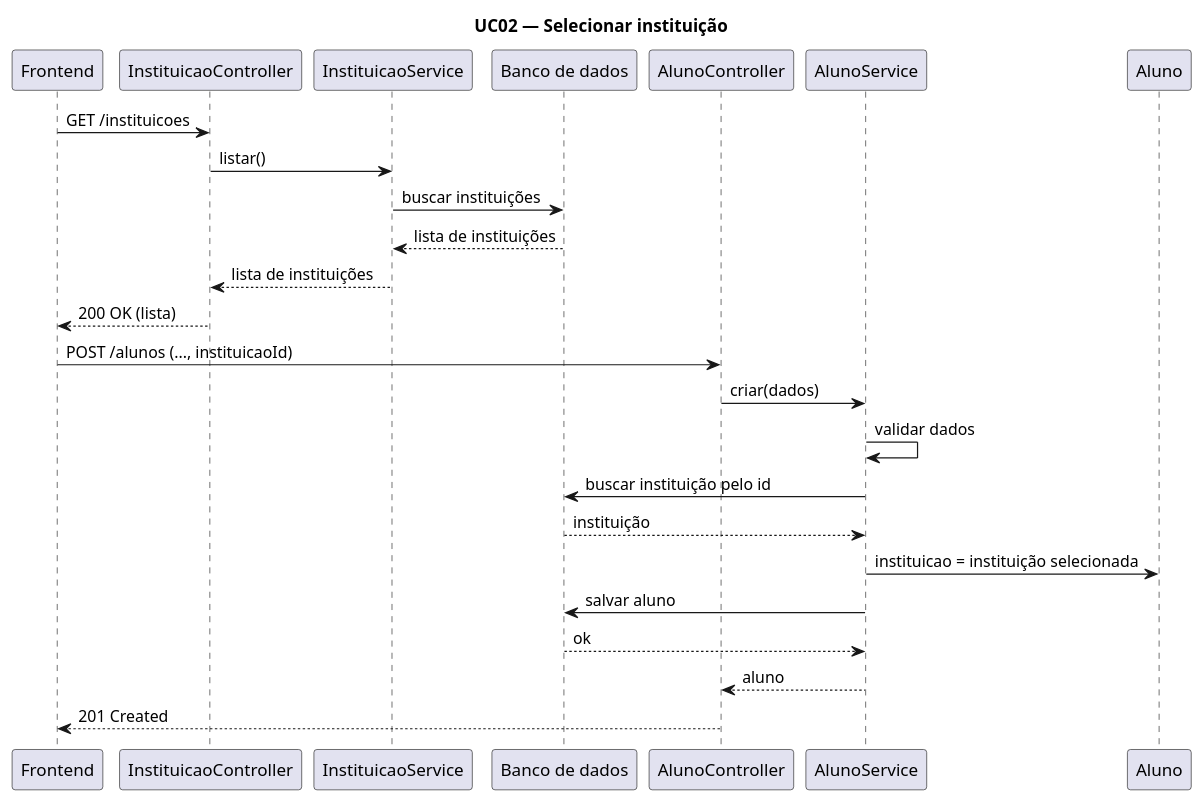
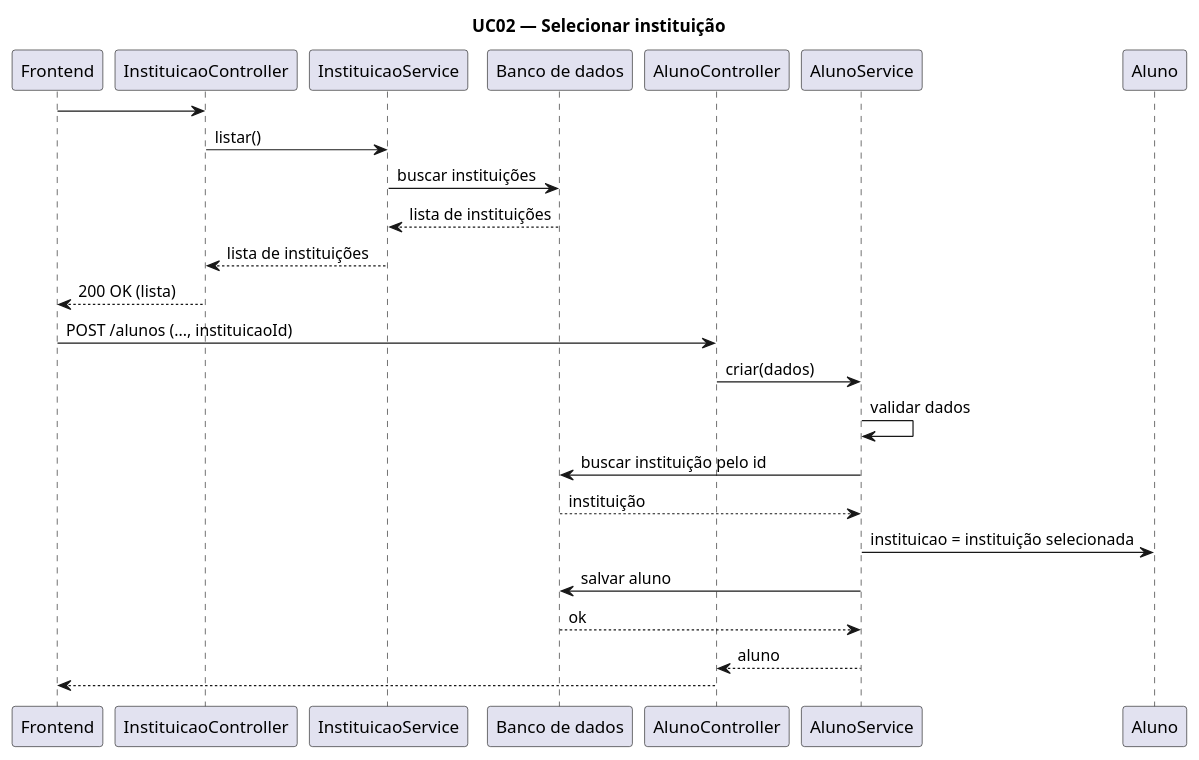
The diagram in docs/diagramas/diagrama-de-sequencia-selecionar-instituicao.puml (brunokilo/lab03-projetoSoftware), drawn with PlantUML before and after one commit. The commit also changed 4 other files, not shown here.

```diff
--- a/docs/diagramas/diagrama-de-sequencia-selecionar-instituicao.puml
+++ b/docs/diagramas/diagrama-de-sequencia-selecionar-instituicao.puml
@@ -1,29 +1,29 @@
 @startuml sequencia_selecionar_instituicao
 title UC02 — Selecionar instituição
 
 participant Frontend
 participant InstituicaoController
 participant InstituicaoService
 participant "Banco de dados" as BD
 participant AlunoController
 participant AlunoService
 participant "Aluno" as AlunoClasse
 
-Frontend -> InstituicaoController : GET /instituicoes
+Frontend -> InstituicaoController : 
 InstituicaoController -> InstituicaoService : listar()
 InstituicaoService -> BD : buscar instituições
 BD --> InstituicaoService : lista de instituições
 InstituicaoService --> InstituicaoController : lista de instituições
 InstituicaoController --> Frontend : 200 OK (lista)
 
 Frontend -> AlunoController : POST /alunos (..., instituicaoId)
 AlunoController -> AlunoService : criar(dados)
 AlunoService -> AlunoService : validar dados
 AlunoService -> BD : buscar instituição pelo id
 BD --> AlunoService : instituição
 AlunoService -> AlunoClasse : instituicao = instituição selecionada
 AlunoService -> BD : salvar aluno
 BD --> AlunoService : ok
 AlunoService --> AlunoController : aluno
-AlunoController --> Frontend : 201 Created
+AlunoController --> Frontend : 
 @enduml
```
